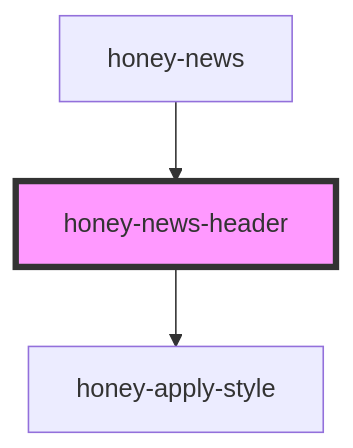
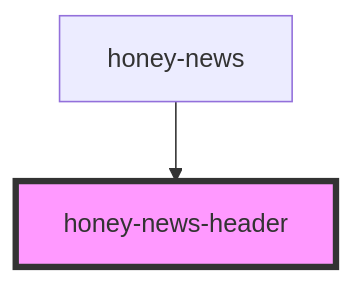
The diagram in src/components/honey-news/header/readme.md (Huluvu424242/honey-news), drawn with Mermaid before and after one commit. The commit also changed other lines of this file and 19 other files, not shown here.

````diff
--- a/src/components/honey-news/header/readme.md
+++ b/src/components/honey-news/header/readme.md
@@ -19,6 +15,5 @@
 ```mermaid
 graph TD;
-  honey-news-header --> honey-apply-style
   honey-news --> honey-news-header
   style honey-news-header fill:#f9f,stroke:#333,stroke-width:4px
 ```
````
